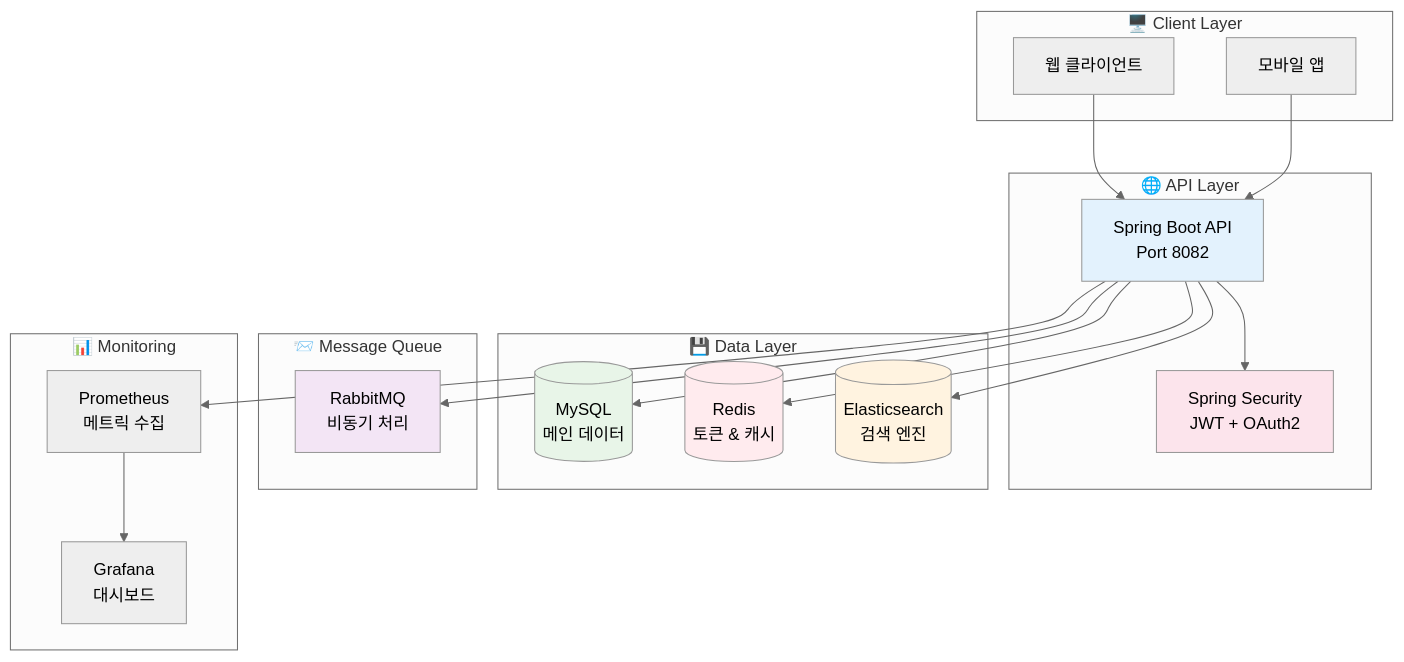
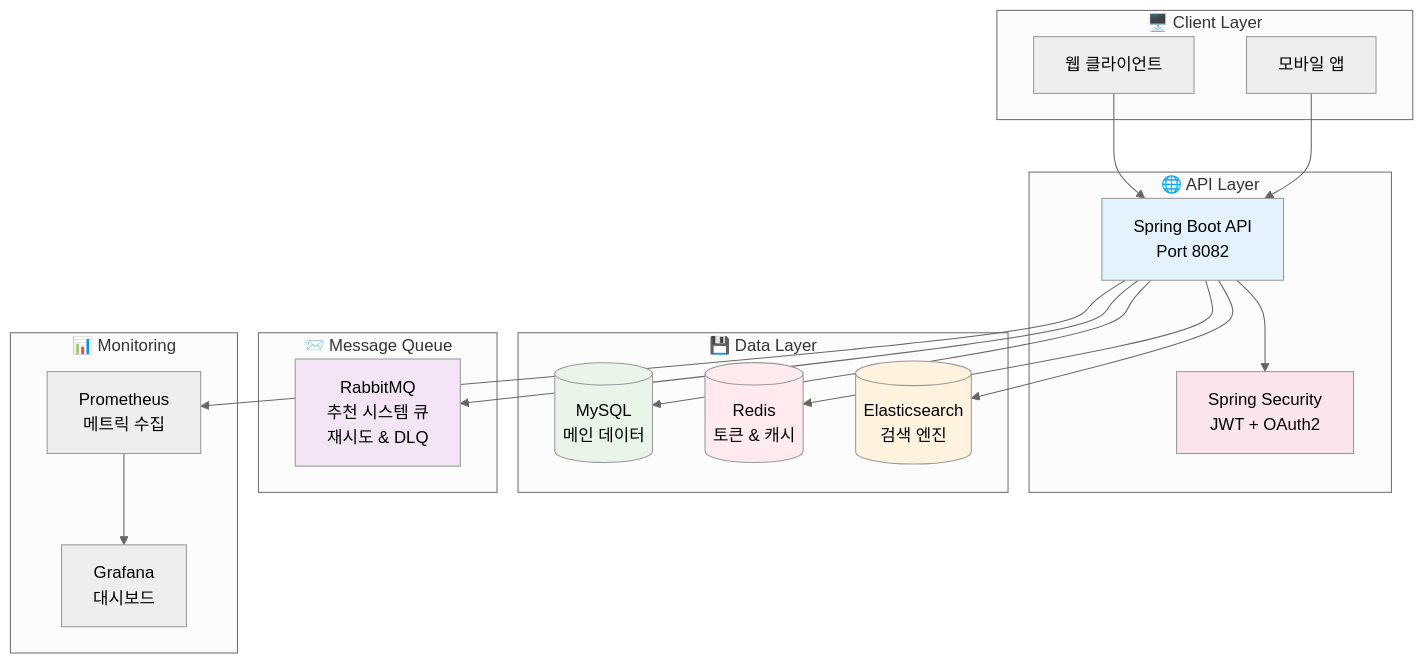
Before and after one commit to Zara8170/songs_be: the third of 3 diagrams in README.md, drawn with Mermaid (neutral theme). The commit also changed other lines of this file, not shown here.

````diff
--- a/README.md
+++ b/README.md
@@ -242,44 +242,44 @@
 ```mermaid
 graph TB
     subgraph "🖥️ Client Layer"
         Web[웹 클라이언트]
         Mobile[모바일 앱]
     end
 
     subgraph "🌐 API Layer"
         API[Spring Boot API<br/>Port 8082]
         Security[Spring Security<br/>JWT + OAuth2]
     end
 
     subgraph "💾 Data Layer"
         MySQL[(MySQL<br/>메인 데이터)]
         Redis[(Redis<br/>토큰 & 캐시)]
         ES[(Elasticsearch<br/>검색 엔진)]
     end
 
     subgraph "📨 Message Queue"
-        RMQ[RabbitMQ<br/>비동기 처리]
+        RMQ[RabbitMQ<br/>추천 시스템 큐<br/>재시도 & DLQ]
     end
 
     subgraph "📊 Monitoring"
         Prometheus[Prometheus<br/>메트릭 수집]
         Grafana[Grafana<br/>대시보드]
     end
 
     Web --> API
     Mobile --> API
     API --> Security
     API --> MySQL
     API --> Redis
     API --> ES
     API --> RMQ
     API --> Prometheus
     Prometheus --> Grafana
 
     style API fill:#e3f2fd
     style MySQL fill:#e8f5e8
     style Redis fill:#ffebee
     style ES fill:#fff3e0
     style RMQ fill:#f3e5f5
     style Security fill:#fce4ec
 ```
````
